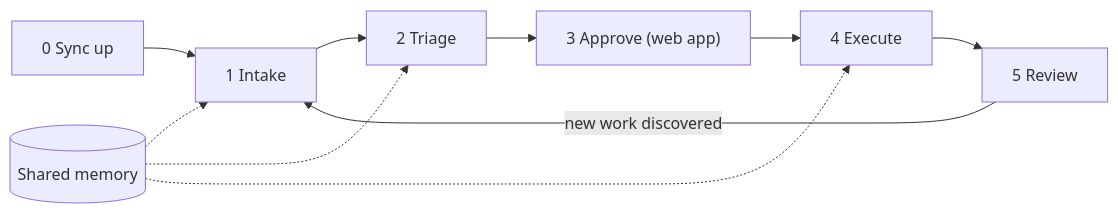
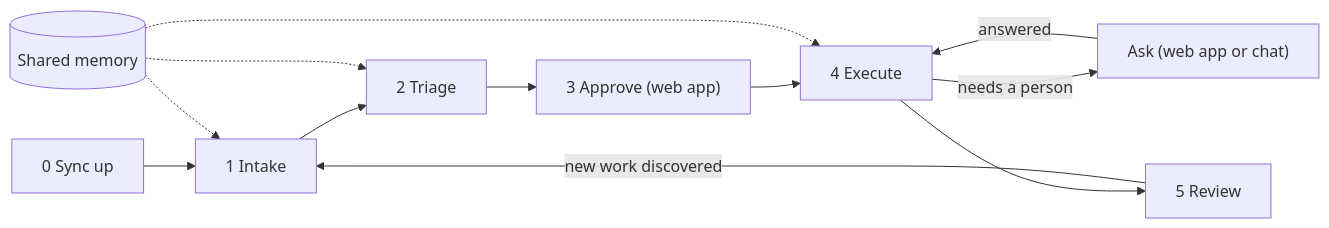
Before and after one commit to orweis/phean: the first of 3 diagrams in docs/UX.md, drawn with Mermaid. The commit also changed other lines of this file and 5 other files, not shown here.

````diff
--- a/docs/UX.md
+++ b/docs/UX.md
@@ -21,12 +21,14 @@
 ```mermaid
 flowchart LR
     Sync[0 Sync up] --> Intake[1 Intake]
     Intake --> Triage[2 Triage]
     Triage --> Approve["3 Approve (web app)"]
     Approve --> Execute[4 Execute]
+    Execute -->|needs a person| Ask["Ask (web app or chat)"]
+    Ask -->|answered| Execute
     Execute --> Review[5 Review]
     Review -->|new work discovered| Intake
     Memory[(Shared memory)] -.-> Intake
     Memory -.-> Triage
     Memory -.-> Execute
 ```
````
